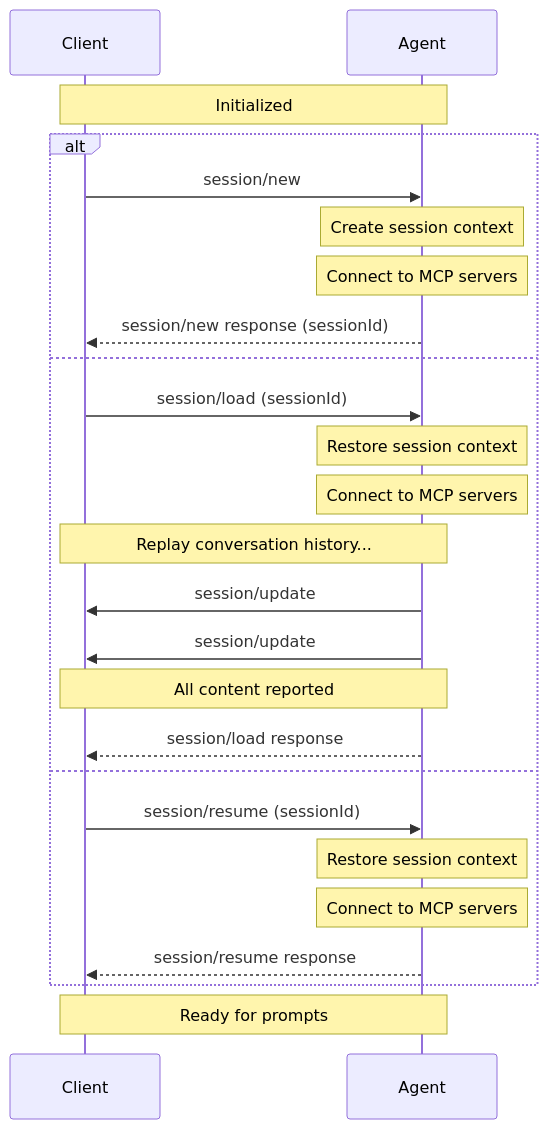
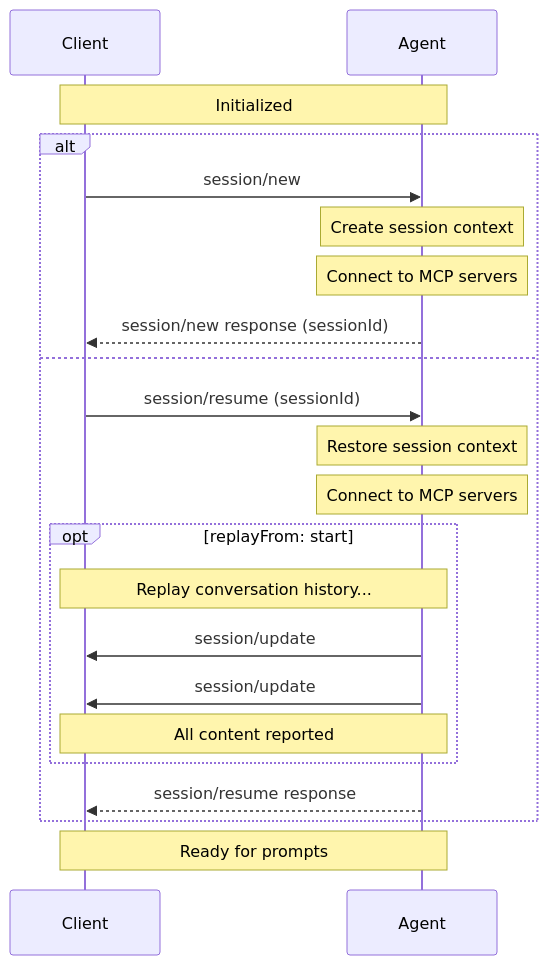
Before and after one commit to dayanruben/agent-client-protocol: the diagram in docs/protocol/v2/draft/session-setup.mdx, drawn with Mermaid. The commit also changed other lines of this file and 24 other files, not shown here.

Commit message:
feat(unstable-v2): Unify session/load and session/resume (#1584)

````diff
--- a/docs/protocol/v2/draft/session-setup.mdx
+++ b/docs/protocol/v2/draft/session-setup.mdx
@@ -14,30 +14,27 @@
 ```mermaid
 sequenceDiagram
     participant Client
     participant Agent
 
     Note over Agent,Client: Initialized
 
     alt
         Client->>Agent: session/new
         Note over Agent: Create session context
         Note over Agent: Connect to MCP servers
         Agent-->>Client: session/new response (sessionId)
     else
-        Client->>Agent: session/load (sessionId)
-        Note over Agent: Restore session context
-        Note over Agent: Connect to MCP servers
-        Note over Agent,Client: Replay conversation history...
-        Agent->>Client: session/update
-        Agent->>Client: session/update
-        Note over Agent,Client: All content reported
-        Agent-->>Client: session/load response
-    else
         Client->>Agent: session/resume (sessionId)
         Note over Agent: Restore session context
         Note over Agent: Connect to MCP servers
+        opt replayFrom: start
+            Note over Agent,Client: Replay conversation history...
+            Agent->>Client: session/update
+            Agent->>Client: session/update
+            Note over Agent,Client: All content reported
+        end
         Agent-->>Client: session/resume response
     end
 
     Note over Client,Agent: Ready for prompts
 ```
````
